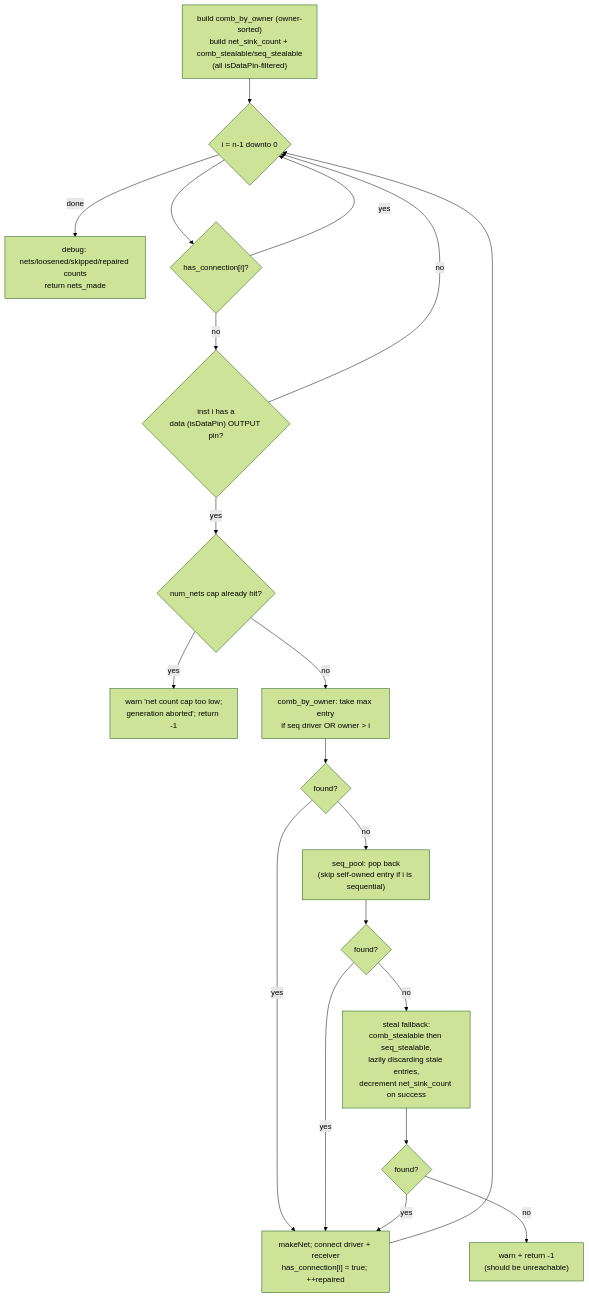
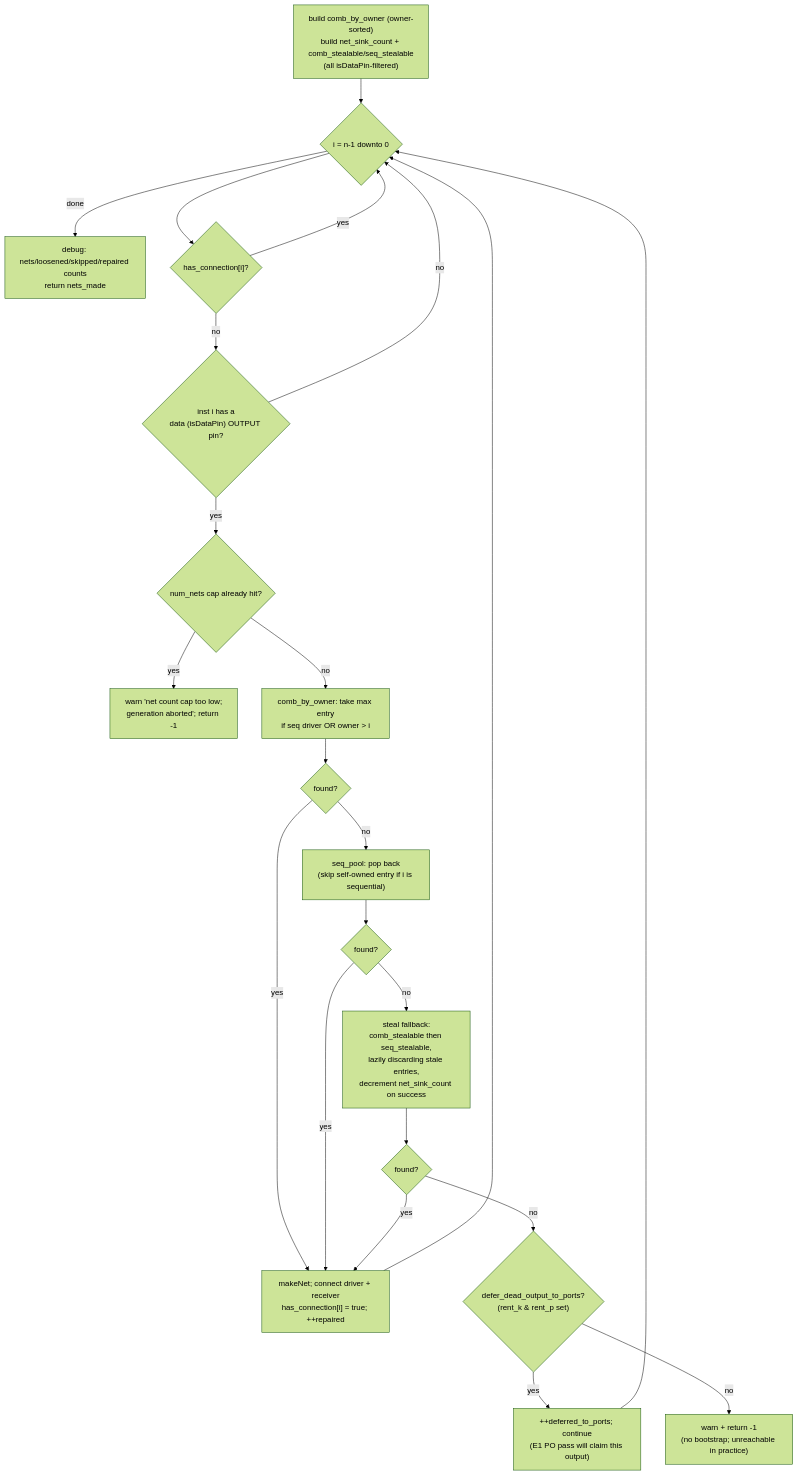
The eighth of 18 diagrams in src/engines/netlistgen/FLOW.md (rfive88/eda-lab), drawn with Mermaid (forest theme) before and after one commit. The commit also changed other lines of this file and 13 other files, not shown here.

````diff
--- a/src/engines/netlistgen/FLOW.md
+++ b/src/engines/netlistgen/FLOW.md
@@ -381,22 +398,25 @@
 ```mermaid
 graph TD
   setup["build comb_by_owner (owner-sorted)<br/>build net_sink_count + comb_stealable/seq_stealable<br/>(all isDataPin-filtered)"] --> loop{"i = n-1 downto 0"}
   loop -->|done| done2["debug: nets/loosened/skipped/repaired counts<br/>return nets_made"]
   loop --> hasconn{"has_connection[i]?"}
   hasconn -->|yes| loop
   hasconn -->|no| findout{"inst i has a<br/>data (isDataPin) OUTPUT pin?"}
   findout -->|no| loop
   findout -->|yes| capchk{"num_nets cap already hit?"}
   capchk -->|yes| capfail["warn 'net count cap too low;<br/>generation aborted'; return -1"]
   capchk -->|no| tryowner["comb_by_owner: take max entry<br/>if seq driver OR owner > i"]
   tryowner --> gotowner{"found?"}
   gotowner -->|yes| mkrep["makeNet; connect driver + receiver<br/>has_connection[i] = true; ++repaired"]
   gotowner -->|no| tryseq["seq_pool: pop back<br/>(skip self-owned entry if i is sequential)"]
   tryseq --> gotseq{"found?"}
   gotseq -->|yes| mkrep
   gotseq -->|no| steal["steal fallback:<br/>comb_stealable then seq_stealable,<br/>lazily discarding stale entries,<br/>decrement net_sink_count on success"]
   steal --> gotsteal{"found?"}
   gotsteal -->|yes| mkrep
-  gotsteal -->|no| fail["warn + return -1<br/>(should be unreachable)"]
+  gotsteal -->|no| deferchk{"defer_dead_output_to_ports?<br/>(rent_k & rent_p set)"}
+  deferchk -->|yes| defer["++deferred_to_ports; continue<br/>(E1 PO pass will claim this output)"]
+  deferchk -->|no| fail["warn + return -1<br/>(no bootstrap; unreachable in practice)"]
+  defer --> loop
   mkrep --> loop
 ```
````
